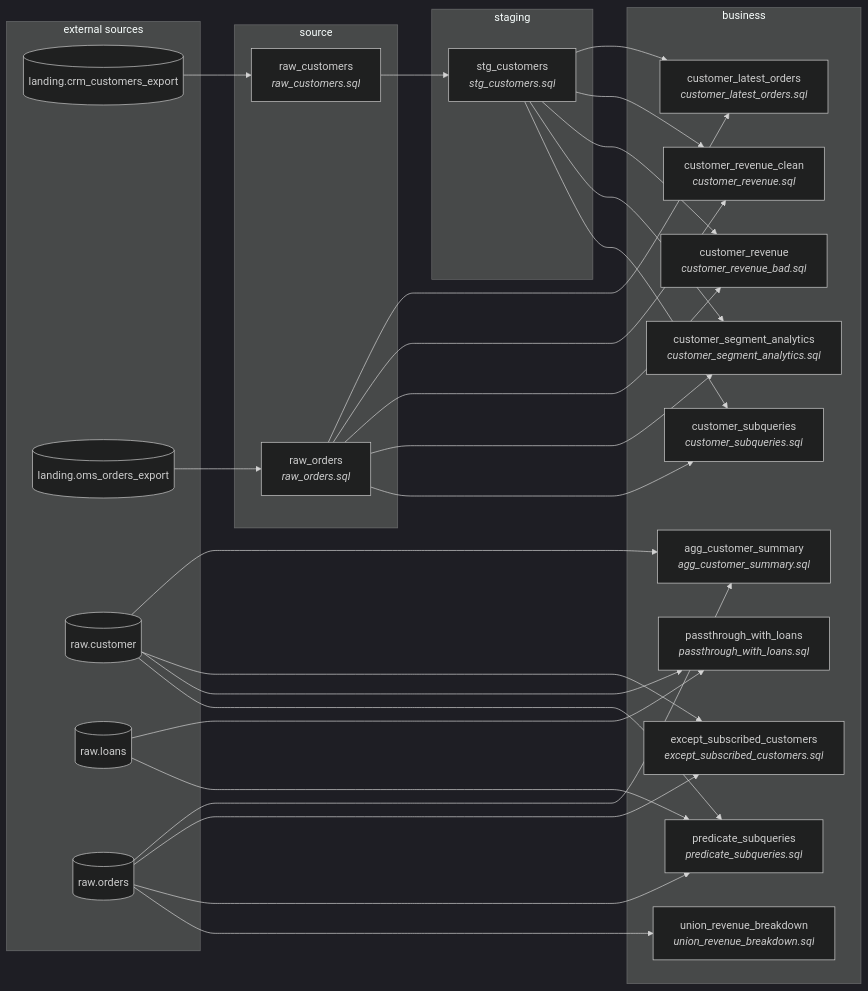
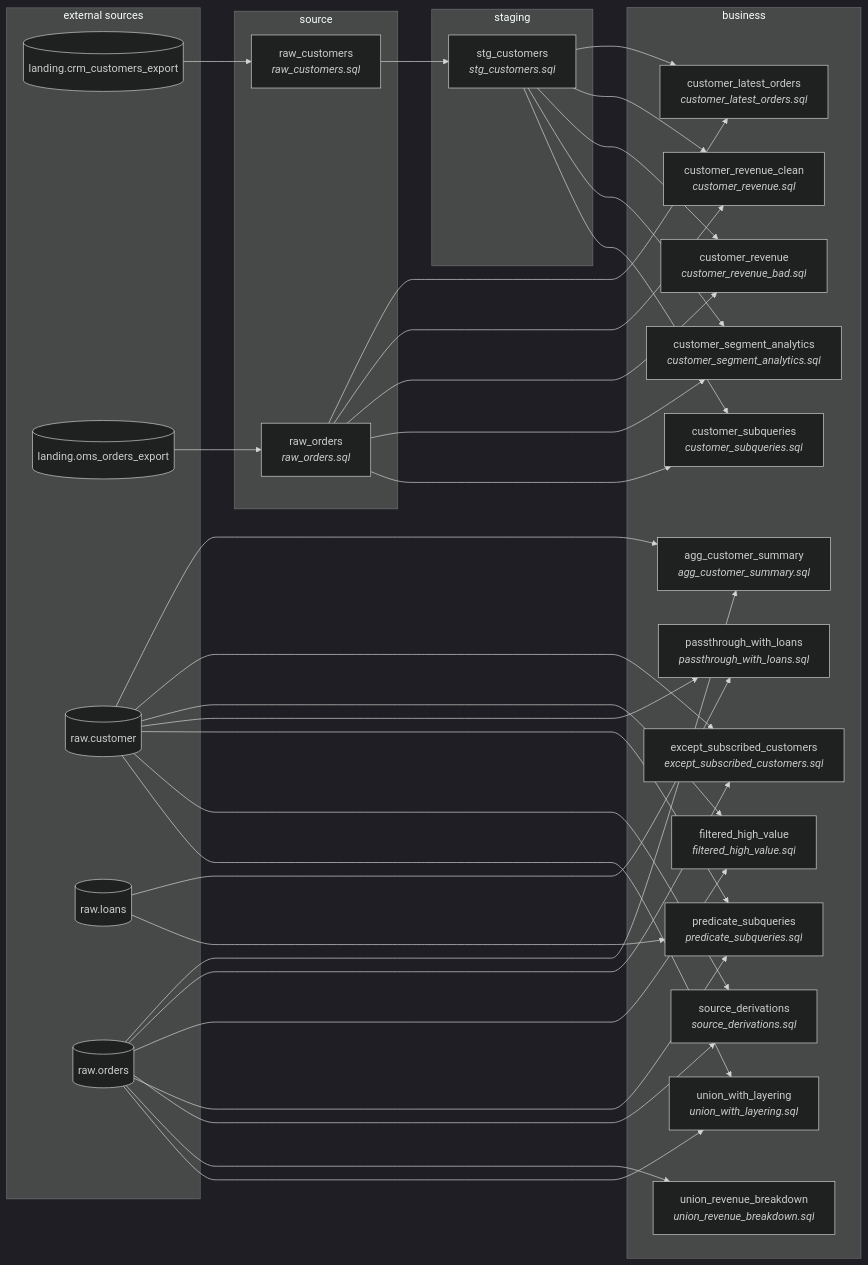
The diagram in examples/sql_process/expected_output/report.md (jacovanderlaan/mdde-demo), drawn with Mermaid (dark theme) before and after one commit. The commit also changed other lines of this file and 27 other files, not shown here.

First line of the commit message:
feat(sql_process): full 5-layer pipeline — source derivations, filtered CTE, recursive UNION

````diff
--- a/examples/sql_process/expected_output/report.md
+++ b/examples/sql_process/expected_output/report.md
@@ -129,52 +144,61 @@
 ```mermaid
 flowchart LR
   subgraph source
     raw_customers["raw_customers<br/><i>raw_customers.sql</i>"]
     raw_orders["raw_orders<br/><i>raw_orders.sql</i>"]
   end
   subgraph staging
     stg_customers["stg_customers<br/><i>stg_customers.sql</i>"]
   end
   subgraph business
     agg_customer_summary["agg_customer_summary<br/><i>agg_customer_summary.sql</i>"]
     customer_latest_orders["customer_latest_orders<br/><i>customer_latest_orders.sql</i>"]
     customer_revenue_clean["customer_revenue_clean<br/><i>customer_revenue.sql</i>"]
     customer_revenue["customer_revenue<br/><i>customer_revenue_bad.sql</i>"]
     customer_segment_analytics["customer_segment_analytics<br/><i>customer_segment_analytics.sql</i>"]
     customer_subqueries["customer_subqueries<br/><i>customer_subqueries.sql</i>"]
     except_subscribed_customers["except_subscribed_customers<br/><i>except_subscribed_customers.sql</i>"]
+    filtered_high_value["filtered_high_value<br/><i>filtered_high_value.sql</i>"]
     passthrough_with_loans["passthrough_with_loans<br/><i>passthrough_with_loans.sql</i>"]
     predicate_subqueries["predicate_subqueries<br/><i>predicate_subqueries.sql</i>"]
+    source_derivations["source_derivations<br/><i>source_derivations.sql</i>"]
     union_revenue_breakdown["union_revenue_breakdown<br/><i>union_revenue_breakdown.sql</i>"]
+    union_with_layering["union_with_layering<br/><i>union_with_layering.sql</i>"]
   end
   raw_customers --> stg_customers
   raw_orders --> customer_latest_orders
   raw_orders --> customer_revenue_clean
   raw_orders --> customer_revenue
   raw_orders --> customer_segment_analytics
   raw_orders --> customer_subqueries
   stg_customers --> customer_latest_orders
   stg_customers --> customer_revenue_clean
   stg_customers --> customer_revenue
   stg_customers --> customer_segment_analytics
   stg_customers --> customer_subqueries
   subgraph external ["external sources"]
     ext_landing_crm_customers_export[("landing.crm_customers_export")]
     ext_landing_oms_orders_export[("landing.oms_orders_export")]
     ext_raw_customer[("raw.customer")]
     ext_raw_loans[("raw.loans")]
     ext_raw_orders[("raw.orders")]
   end
   ext_landing_crm_customers_export --> raw_customers
   ext_landing_oms_orders_export --> raw_orders
   ext_raw_customer --> agg_customer_summary
   ext_raw_customer --> except_subscribed_customers
+  ext_raw_customer --> filtered_high_value
   ext_raw_customer --> passthrough_with_loans
   ext_raw_customer --> predicate_subqueries
+  ext_raw_customer --> source_derivations
+  ext_raw_customer --> union_with_layering
   ext_raw_loans --> passthrough_with_loans
   ext_raw_loans --> predicate_subqueries
   ext_raw_orders --> agg_customer_summary
   ext_raw_orders --> except_subscribed_customers
+  ext_raw_orders --> filtered_high_value
   ext_raw_orders --> predicate_subqueries
+  ext_raw_orders --> source_derivations
   ext_raw_orders --> union_revenue_breakdown
+  ext_raw_orders --> union_with_layering
 ```
````
